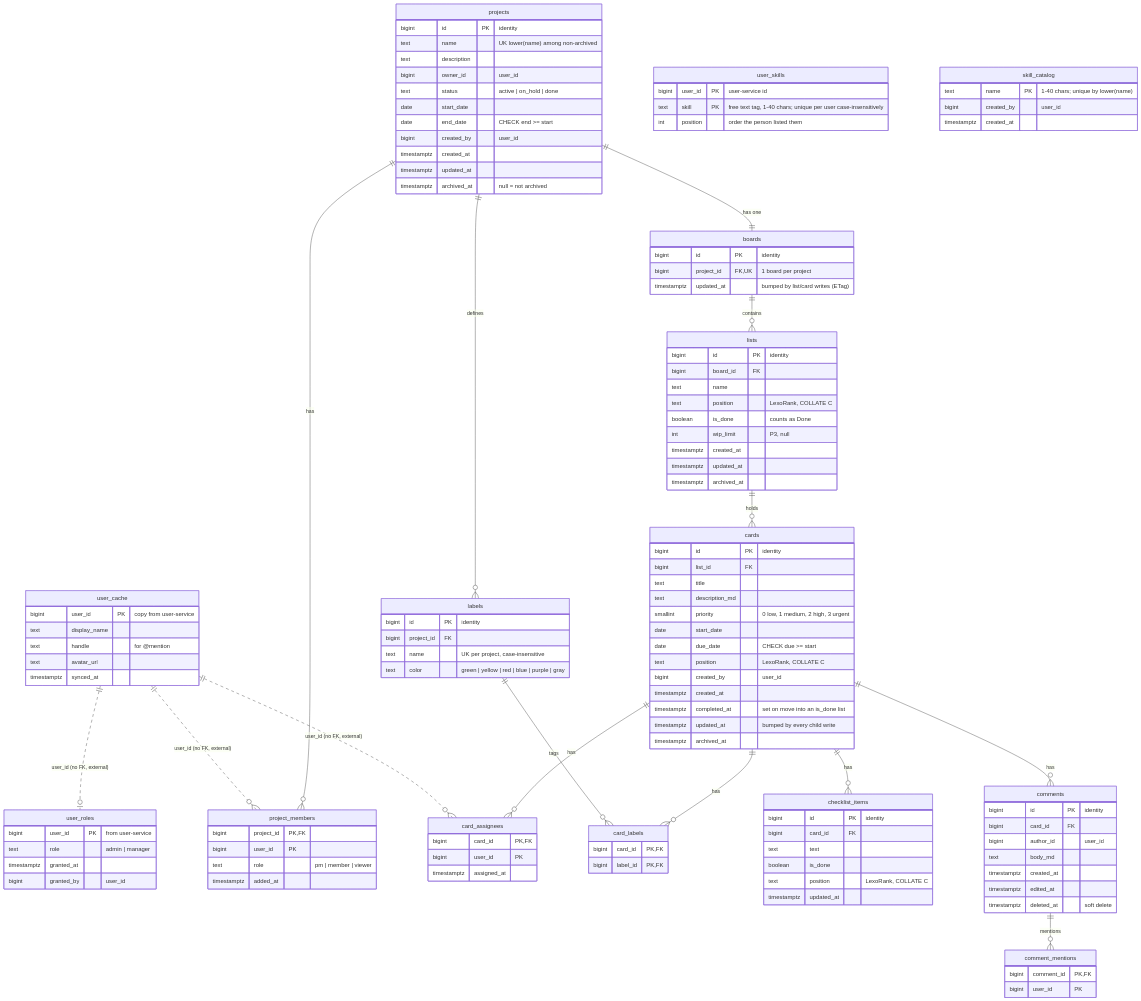
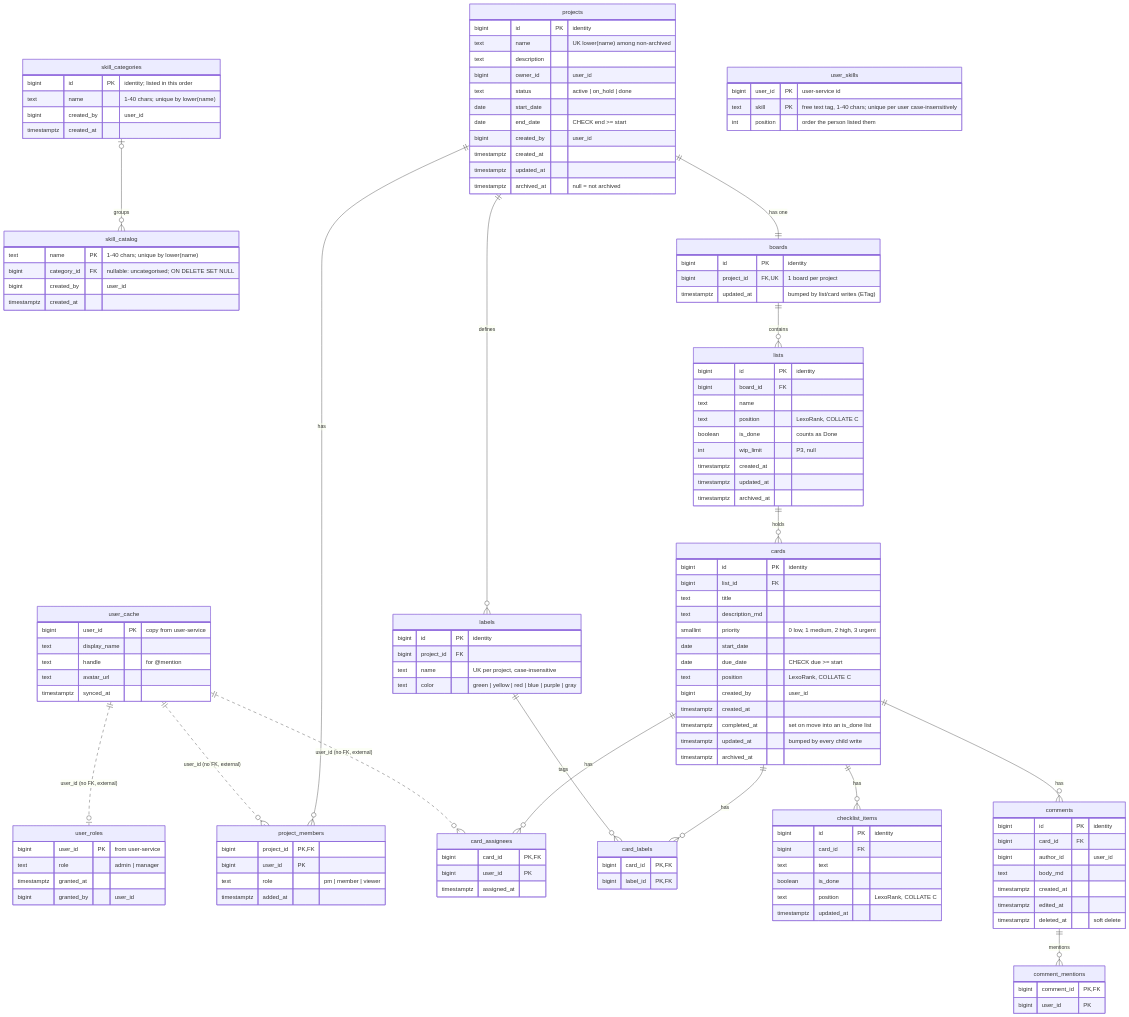
One commit to JklvJohny/Project-tracking changed the first of 2 diagrams in docs/ERD.md. Above: the diagram before and after it, drawn with Mermaid. The commit also changed other lines of this file and 18 other files, not shown here.

First line of the commit message:
feat(tracking): skill categories on the Team page

```diff
--- a/docs/ERD.md
+++ b/docs/ERD.md
@@ -10,6 +10,7 @@
 erDiagram
     user_cache ||..o| user_roles : "user_id (no FK, external)"
     projects ||--o{ project_members : has
+    skill_categories |o--o{ skill_catalog : groups
     projects ||--|| boards : "has one"
     projects ||--o{ labels : defines
     boards ||--o{ lists : contains
@@ -43,6 +44,13 @@
     }
     skill_catalog {
         text name PK "1-40 chars; unique by lower(name)"
+        bigint category_id FK "nullable: uncategorised; ON DELETE SET NULL"
+        bigint created_by "user_id"
+        timestamptz created_at
+    }
+    skill_categories {
+        bigint id PK "identity; listed in this order"
+        text name "1-40 chars; unique by lower(name)"
         bigint created_by "user_id"
         timestamptz created_at
     }
```
